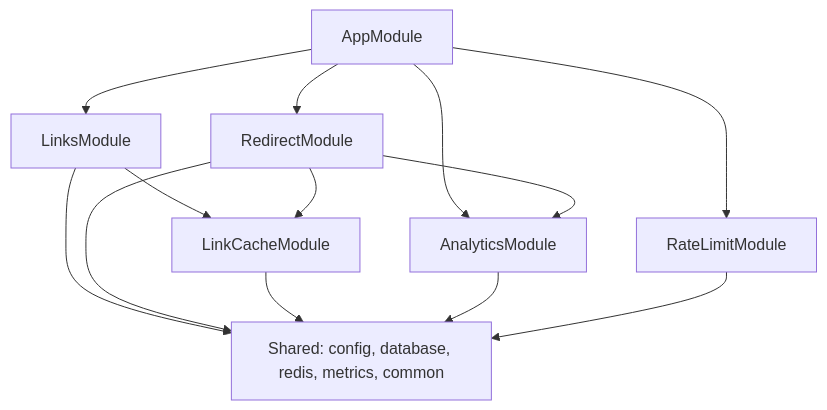
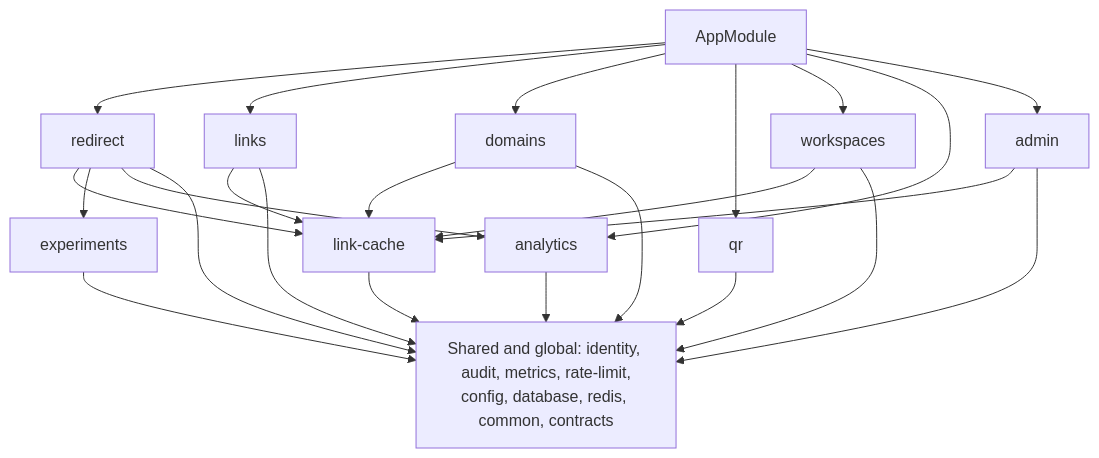
One commit to 3376016376joshua-oss/url-shortener changed the fourth of 4 diagrams in docs/PRD.md. Above: the diagram before and after it, drawn with Mermaid. The commit also changed other lines of this file and 159 other files, not shown here.

````diff
--- a/docs/PRD.md
+++ b/docs/PRD.md
@@ -614,15 +944,27 @@
 ```mermaid
 flowchart TD
-  app[AppModule] --> links[LinksModule]
-  app --> redirect[RedirectModule]
-  app --> analytics[AnalyticsModule]
-  app --> ratelimit[RateLimitModule]
-  links --> linkcache[LinkCacheModule]
-  redirect --> linkcache
+  app[AppModule] --> redirect[redirect]
+  app --> links[links]
+  app --> domains[domains]
+  app --> qr[qr]
+  app --> workspaces[workspaces]
+  app --> analytics[analytics]
+  app --> admin[admin]
+  redirect --> linkcache[link-cache]
+  redirect --> experiments[experiments]
   redirect --> analytics
-  links --> shared[Shared: config, database, redis, metrics, common]
+  links --> linkcache
+  domains --> linkcache
+  admin --> linkcache
+  workspaces --> linkcache
+  workspaces --> shared
+  links --> shared
+  domains --> shared
+  qr --> shared
+  analytics --> shared
+  admin --> shared
+  linkcache --> shared
+  experiments --> shared
   redirect --> shared
-  linkcache --> shared
-  analytics --> shared
-  ratelimit --> shared
+  shared[Shared and global: identity, audit, metrics, rate-limit,<br/>config, database, redis, common, contracts]
 ```
````
